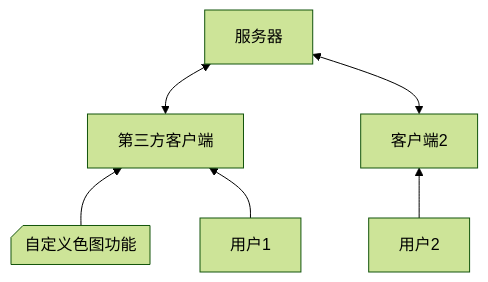
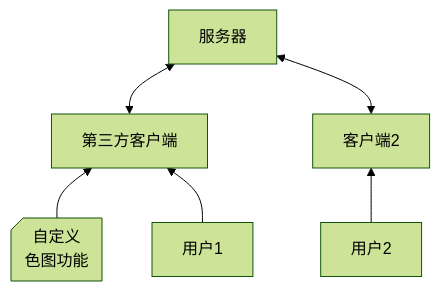
One commit to liyuier/liyuier.github.io changed the third of 3 diagrams in pages/posts/001-qq-bot-brief-introduce.md. Above: the diagram before and after it, drawn with Mermaid (forest theme). The commit also changed other lines of this file, not shown here.

````diff
--- a/pages/posts/001-qq-bot-brief-introduce.md
+++ b/pages/posts/001-qq-bot-brief-introduce.md
@@ -48,9 +52,9 @@
 ```mermaid
 graph BT
 
-A@{ shape: notch-rect, label: "自定义色图功能" } --> client1
+A@{ shape: notch-rect, label: "自定义<p>色图功能" } --> client1
 user1[用户1] --> client1[第三方客户端]
 client1 <--> server[服务器]
 user2[用户2] --> client2[客户端2]
 client2 <--> server[服务器]
 ```
````
